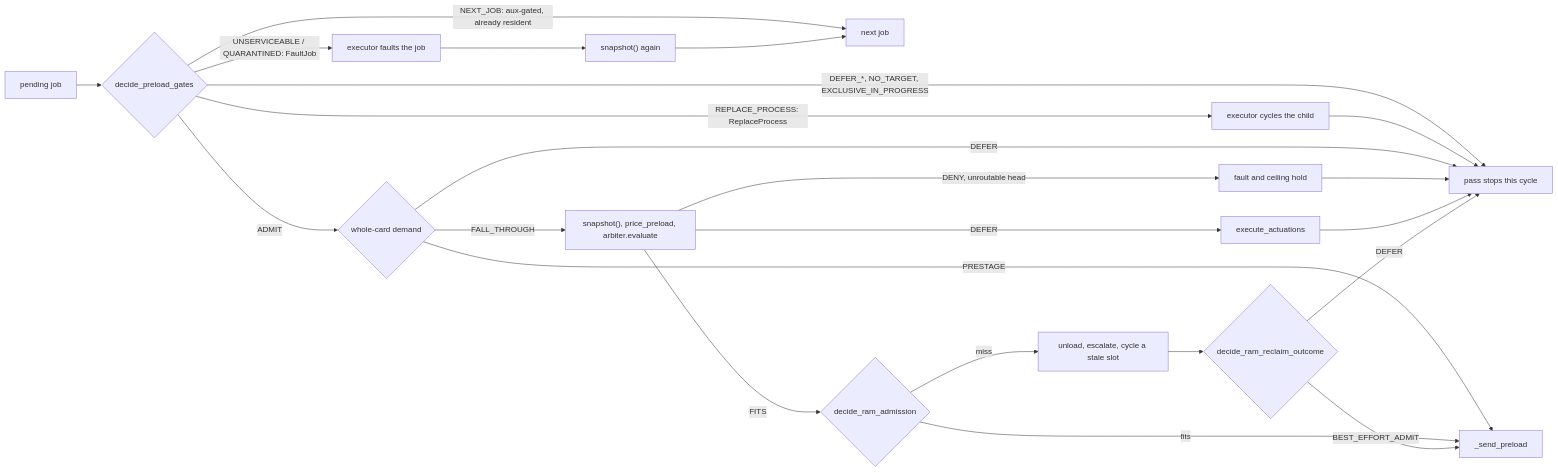
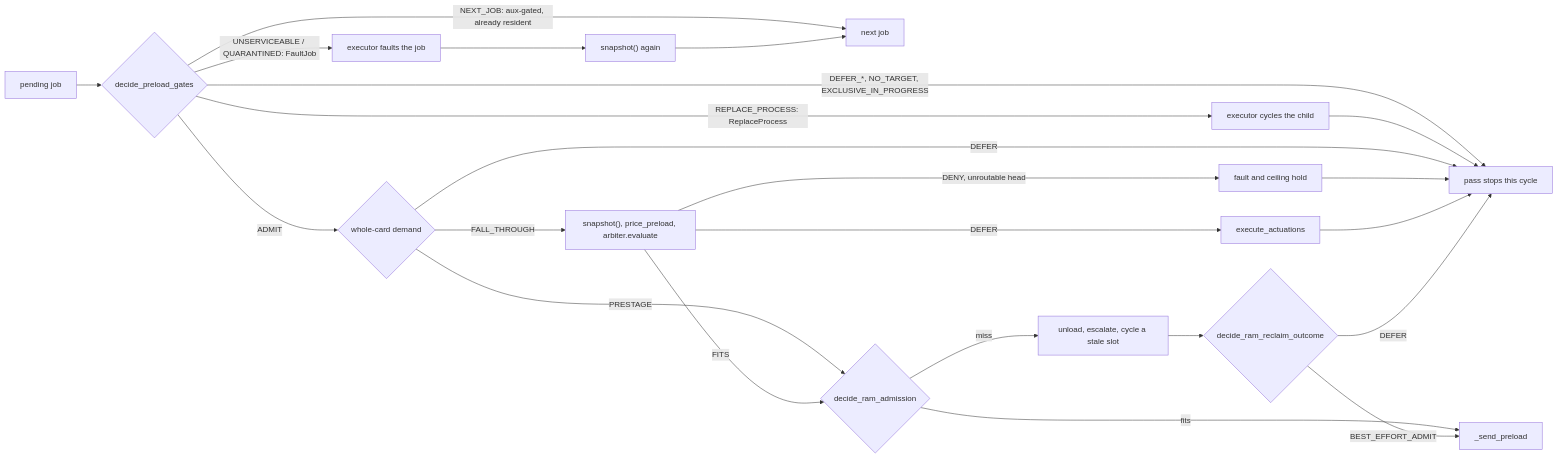
One commit to tazlin/horde-worker-reGen changed the second of 2 diagrams in docs/explanation/admission_pipeline.md. Above: the diagram before and after it, drawn with Mermaid. The commit also changed 3 other files, not shown here.

````diff
--- a/docs/explanation/admission_pipeline.md
+++ b/docs/explanation/admission_pipeline.md
@@ -199,19 +199,19 @@
 ```mermaid
 flowchart LR
     job[pending job] --> gates{decide_preload_gates}
     gates -->|"NEXT_JOB: aux-gated, already resident"| next[next job]
     gates -->|"UNSERVICEABLE / QUARANTINED: FaultJob"| fault[executor faults the job] --> resnap["snapshot() again"] --> next
     gates -->|"DEFER_*, NO_TARGET, EXCLUSIVE_IN_PROGRESS"| stop[pass stops this cycle]
     gates -->|"REPLACE_PROCESS: ReplaceProcess"| cycle[executor cycles the child] --> stop
     gates -->|ADMIT| wc{whole-card demand}
-    wc -->|PRESTAGE| send
+    wc -->|PRESTAGE| ram
     wc -->|DEFER| stop
     wc -->|FALL_THROUGH| price["snapshot(), price_preload, arbiter.evaluate"]
     price -->|FITS| ram{decide_ram_admission}
     price -->|"DENY, unroutable head"| hold[fault and ceiling hold] --> stop
     price -->|DEFER| act[execute_actuations] --> stop
     ram -->|fits| send[_send_preload]
     ram -->|miss| reclaim[unload, escalate, cycle a stale slot] --> outcome{decide_ram_reclaim_outcome}
     outcome -->|DEFER| stop
     outcome -->|BEST_EFFORT_ADMIT| send
 ```
````
